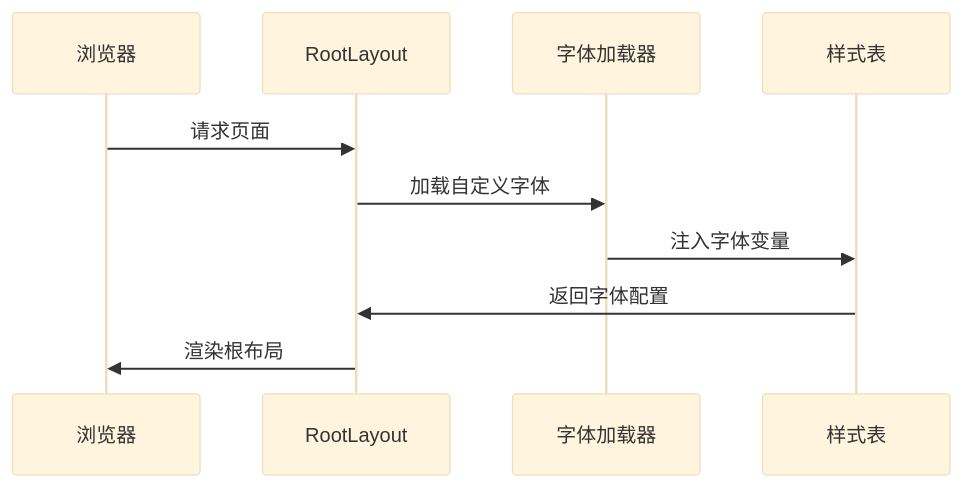
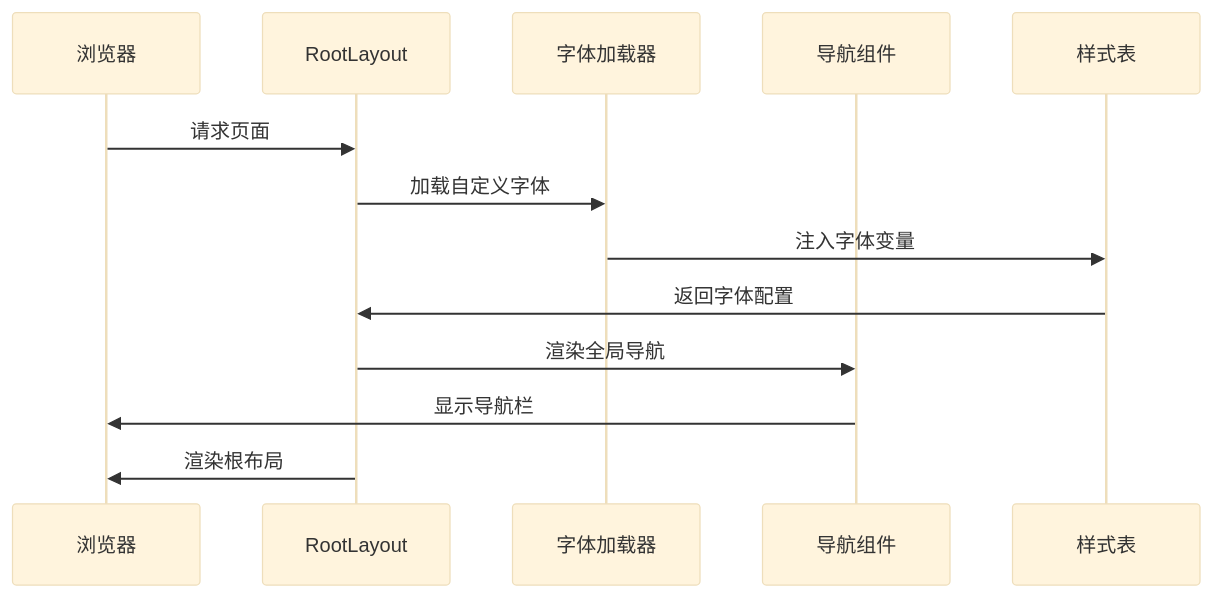
One commit to caoLei1997/Blog changed the fourth of 11 diagrams in .qoder/repowiki/zh/content/组件开发指南/组件开发指南.md. Above: the diagram before and after it, drawn with Mermaid (base theme). The commit also changed other lines of this file and 27 other files, not shown here.

````diff
--- a/.qoder/repowiki/zh/content/组件开发指南/组件开发指南.md
+++ b/.qoder/repowiki/zh/content/组件开发指南/组件开发指南.md
@@ -187,12 +246,15 @@
 ```mermaid
 sequenceDiagram
 participant Browser as 浏览器
 participant RootLayout as RootLayout
 participant FontLoader as 字体加载器
+participant Nav as 导航组件
 participant Stylesheet as 样式表
 Browser->>RootLayout : 请求页面
 RootLayout->>FontLoader : 加载自定义字体
 FontLoader->>Stylesheet : 注入字体变量
 Stylesheet->>RootLayout : 返回字体配置
+RootLayout->>Nav : 渲染全局导航
+Nav->>Browser : 显示导航栏
 RootLayout->>Browser : 渲染根布局
 ```
````
